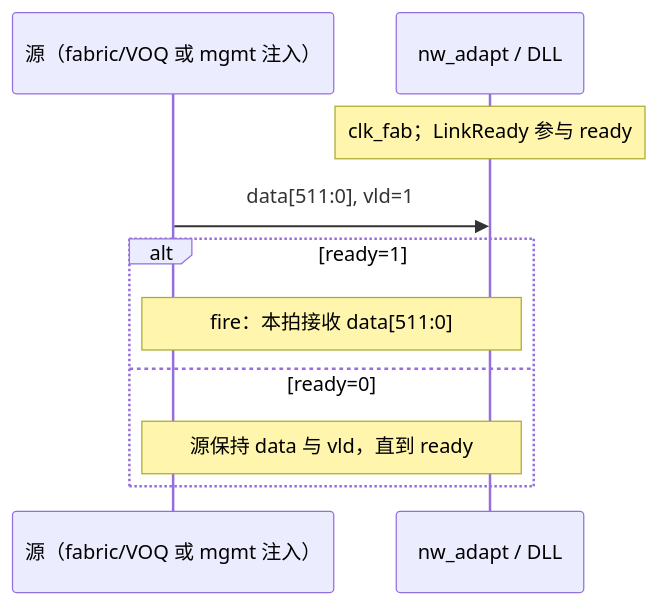
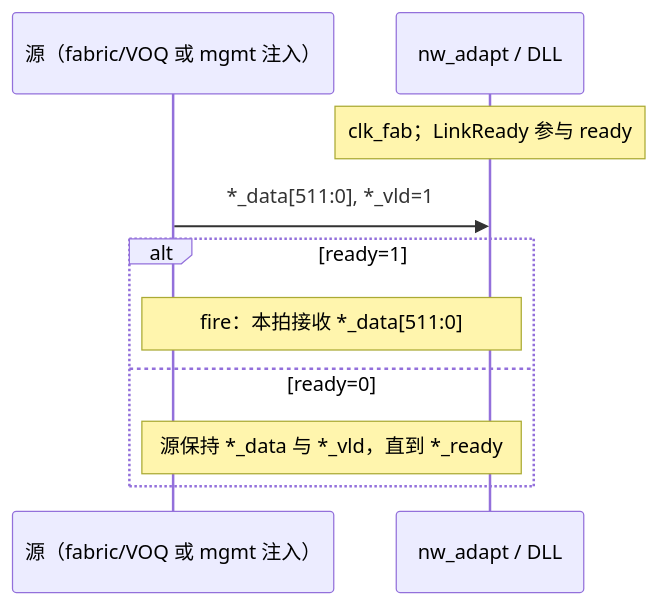
One commit to lukebest/Vibe-UB-Switch changed the third of 4 diagrams in docs/SPEC.md. Above: the diagram before and after it, drawn with Mermaid. The commit also changed other lines of this file and 2 other files, not shown here.

````diff
--- a/docs/SPEC.md
+++ b/docs/SPEC.md
@@ -168,12 +218,12 @@
 ```mermaid
 sequenceDiagram
   participant SRC as 源（fabric/VOQ 或 mgmt 注入）
   participant NW as nw_adapt / DLL
   Note over NW: clk_fab；LinkReady 参与 ready
-  SRC->>NW: data[511:0], vld=1
+  SRC->>NW: *_data[511:0], *_vld=1
   alt ready=1
-    Note over SRC,NW: fire：本拍接收 data[511:0]
+    Note over SRC,NW: fire：本拍接收 *_data[511:0]
   else ready=0
-    Note over SRC,NW: 源保持 data 与 vld，直到 ready
+    Note over SRC,NW: 源保持 *_data 与 *_vld，直到 *_ready
   end
 ```
````
